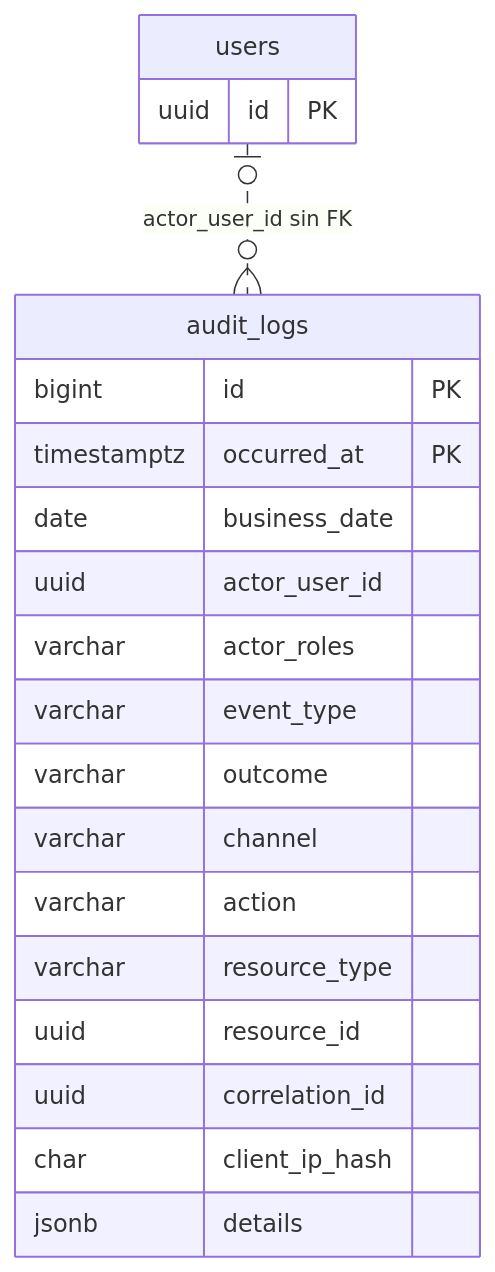
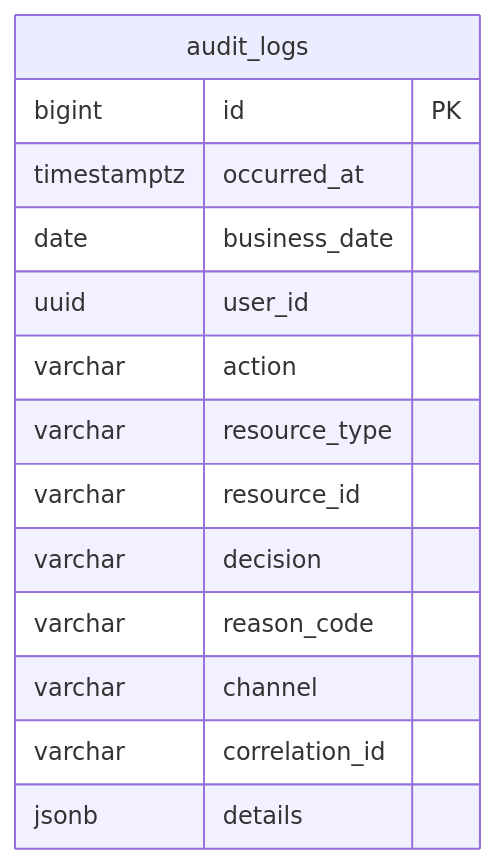
One commit to pedroamas/segur_plus changed the fourth of 4 diagrams in docs/data-model/erd.md. Above: the diagram before and after it, drawn with Mermaid. The commit also changed other lines of this file and 2 other files, not shown here.

Commit message:
ERD, matriz de permisos y mapeo con reglas simples (allowed_roles/owner)

````diff
--- a/docs/data-model/erd.md
+++ b/docs/data-model/erd.md
@@ -1055,23 +198,17 @@
 ```mermaid
 erDiagram
   audit_logs {
     bigint id PK
-    timestamptz occurred_at PK
+    timestamptz occurred_at
     date business_date
-    uuid actor_user_id
-    varchar actor_roles
-    varchar event_type
-    varchar outcome
-    varchar channel
+    uuid user_id
     varchar action
     varchar resource_type
-    uuid resource_id
-    uuid correlation_id
-    char client_ip_hash
+    varchar resource_id
+    varchar decision
+    varchar reason_code
+    varchar channel
+    varchar correlation_id
     jsonb details
   }
-  users {
-    uuid id PK
-  }
-  users |o..o{ audit_logs : "actor_user_id sin FK"
 ```
````
